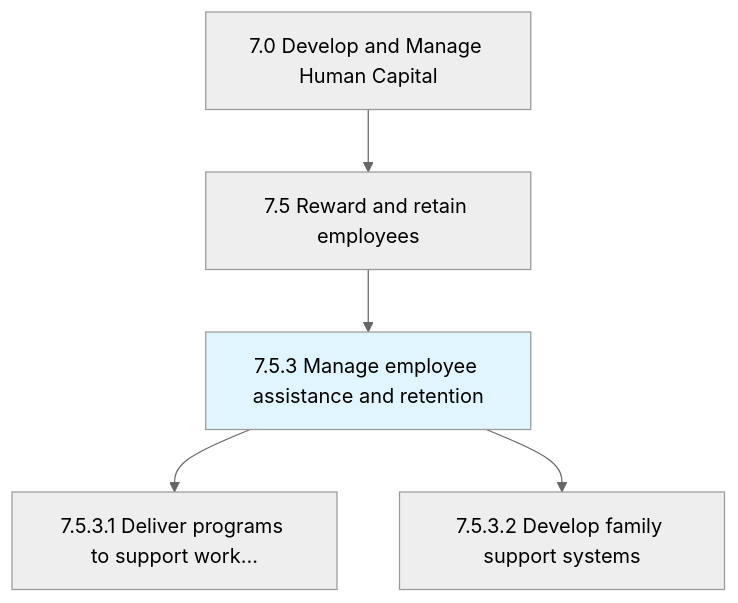
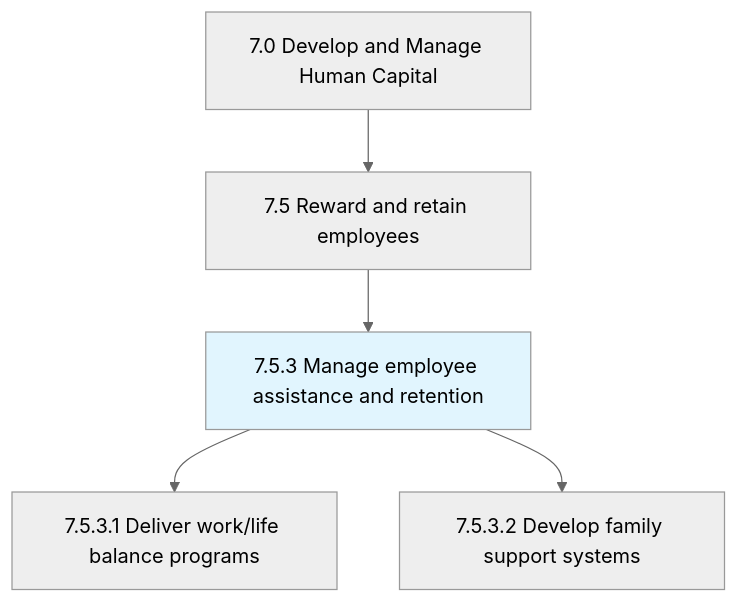
The first of 2 diagrams in processes/07-HR/7.5-RewardRetainEmployees/7.5.3-ManageEmployeeAssistanceRetention/index.mdx (kziemski/business.org.ai), drawn with Mermaid (neutral theme) before and after one commit. The commit also changed other lines of this file and 885 other files, not shown here.

````diff
--- a/processes/07-HR/7.5-RewardRetainEmployees/7.5.3-ManageEmployeeAssistanceRetention/index.mdx
+++ b/processes/07-HR/7.5-RewardRetainEmployees/7.5.3-ManageEmployeeAssistanceRetention/index.mdx
@@ -25,9 +25,9 @@
 ```mermaid
 graph TD
     C7["7.0 Develop and Manage Human Capital"]
     C7 --> N7_5["7.5 Reward and retain employees"]
     N7_5 --> N7_5_3["7.5.3 Manage employee assistance and retention"]
     style N7_5_3 fill:#e1f5fe
-    N7_5_3 --> N7_5_3_1["7.5.3.1 Deliver programs to support work..."]
+    N7_5_3 --> N7_5_3_1["7.5.3.1 Deliver work/life balance programs"]
     N7_5_3 --> N7_5_3_2["7.5.3.2 Develop family support systems"]
 ```
````
